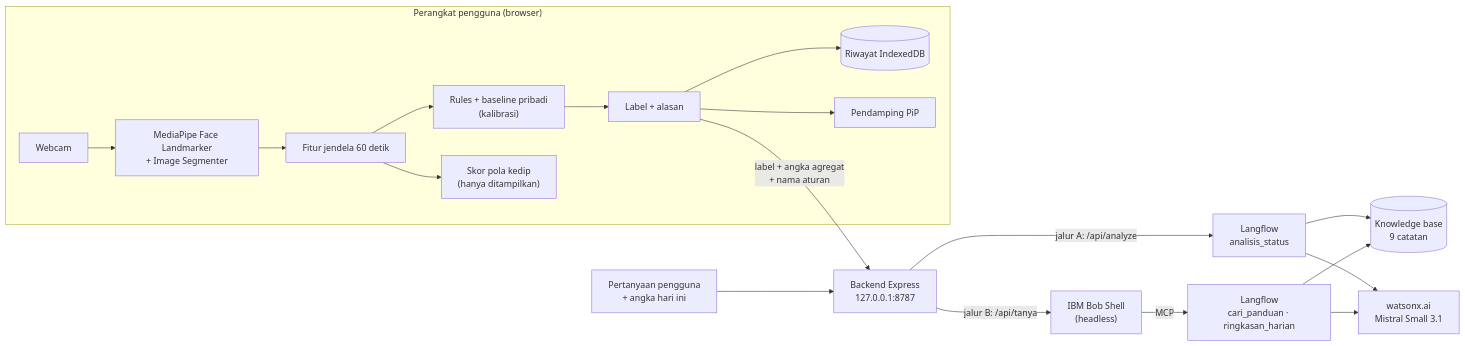
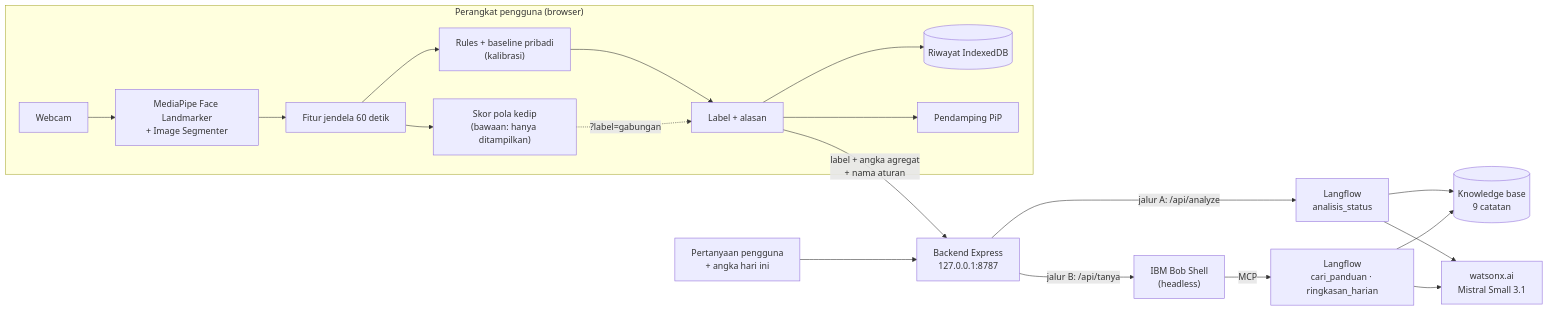
One commit to yayangacor/Equilibre changed the diagram in README.md. Above: the diagram before and after it, drawn with Mermaid. The commit also changed other lines of this file and 12 other files, not shown here.

First line of the commit message:
feat(web): rules + blink pattern behind ?label=gabungan (D-72)

````diff
--- a/README.md
+++ b/README.md
@@ -21,21 +21,22 @@
 ```mermaid
 flowchart LR
   subgraph device["Perangkat pengguna (browser)"]
     cam["Webcam"] --> mp["MediaPipe Face Landmarker<br/>+ Image Segmenter"]
     mp --> feat["Fitur jendela 60 detik"]
     feat --> rules["Rules + baseline pribadi<br/>(kalibrasi)"]
     rules --> label["Label + alasan"]
-    feat --> blink["Skor pola kedip<br/>(hanya ditampilkan)"]
+    feat --> blink["Skor pola kedip<br/>(bawaan: hanya ditampilkan)"]
+    blink -. "?label=gabungan" .-> label
     label --> db[("Riwayat IndexedDB")]
     label --> pip["Pendamping PiP"]
   end
   label -- "label + angka agregat<br/>+ nama aturan" --> api["Backend Express<br/>127.0.0.1:8787"]
   ask["Pertanyaan pengguna<br/>+ angka hari ini"] --> api
   api -- "jalur A: /api/analyze" --> fa["Langflow<br/>analisis_status"]
   api -- "jalur B: /api/tanya" --> bob["IBM Bob Shell<br/>(headless)"]
   bob -- "MCP" --> fb["Langflow<br/>cari_panduan · ringkasan_harian"]
   fa --> kb[("Knowledge base<br/>9 catatan")]
   fb --> kb
   fa --> llm["watsonx.ai<br/>Mistral Small 3.1"]
   fb --> llm
 ```
````
